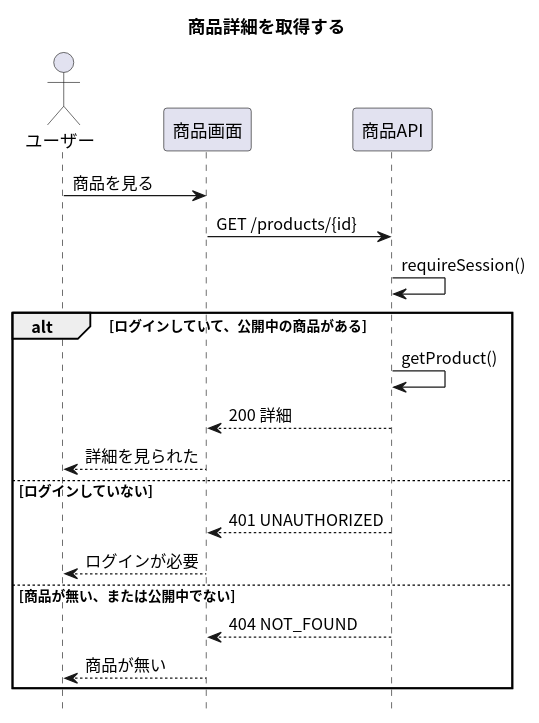
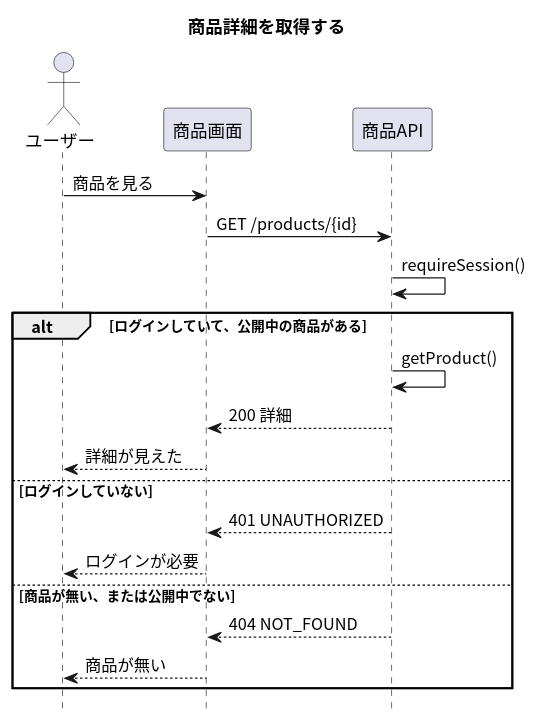
The diagram in apis/get-product/入口.puml (masamasamasato/design-doc-template), drawn with PlantUML before and after one commit. The commit also changed 45 other files, not shown here.

```diff
--- a/apis/get-product/入口.puml
+++ b/apis/get-product/入口.puml
@@ -1,27 +1,27 @@
 @startuml
 skinparam shadowing false
 skinparam defaultFontName "Noto Sans CJK JP"
 skinparam SequenceFontName "Noto Sans CJK JP"
 hide footbox
 
 title 商品詳細を取得する
 
 actor "ユーザー" as User
 participant "商品画面" as Screen
 participant "商品API" as API
 
 User -> Screen : 商品を見る
 Screen -> API : GET /products/{id}
 API -> API : requireSession()
 alt ログインしていて、公開中の商品がある
   API -> API : getProduct()
   API --> Screen : 200 詳細
-  Screen --> User : 詳細を見られた
+  Screen --> User : 詳細が見えた
 else ログインしていない
   API --> Screen : 401 UNAUTHORIZED
   Screen --> User : ログインが必要
 else 商品が無い、または公開中でない
   API --> Screen : 404 NOT_FOUND
   Screen --> User : 商品が無い
 end
 @enduml
```
